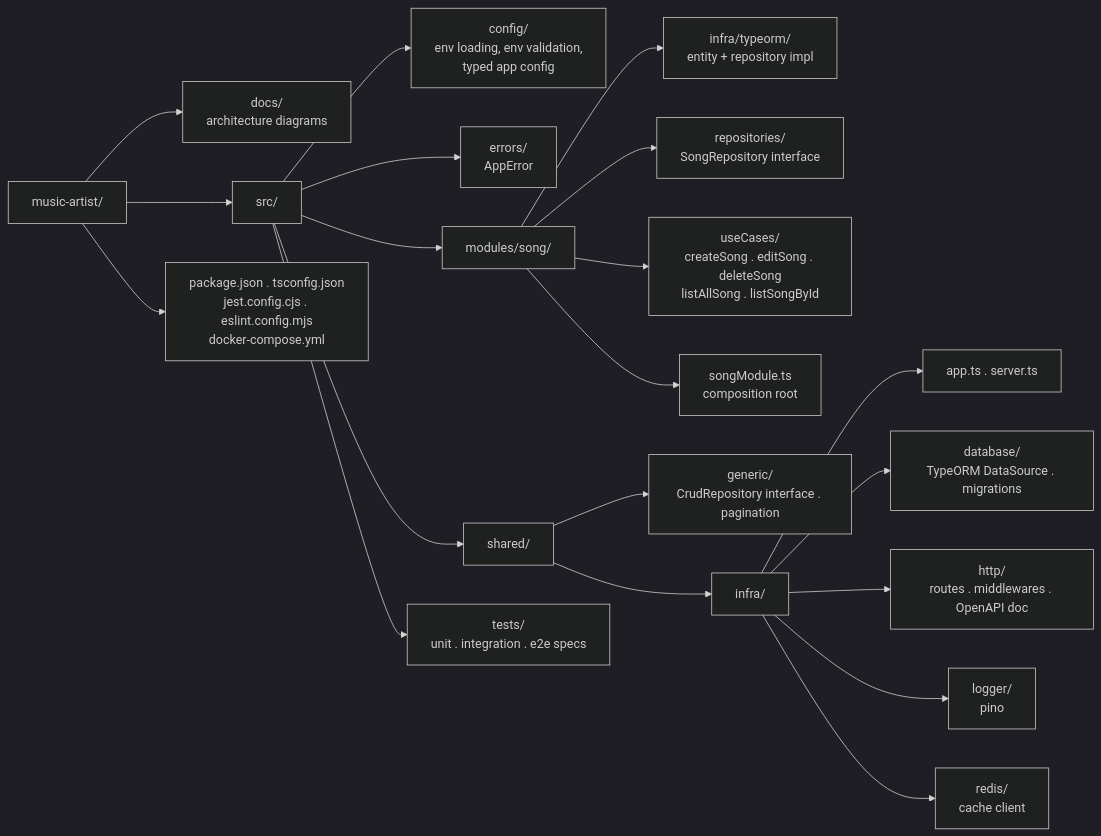
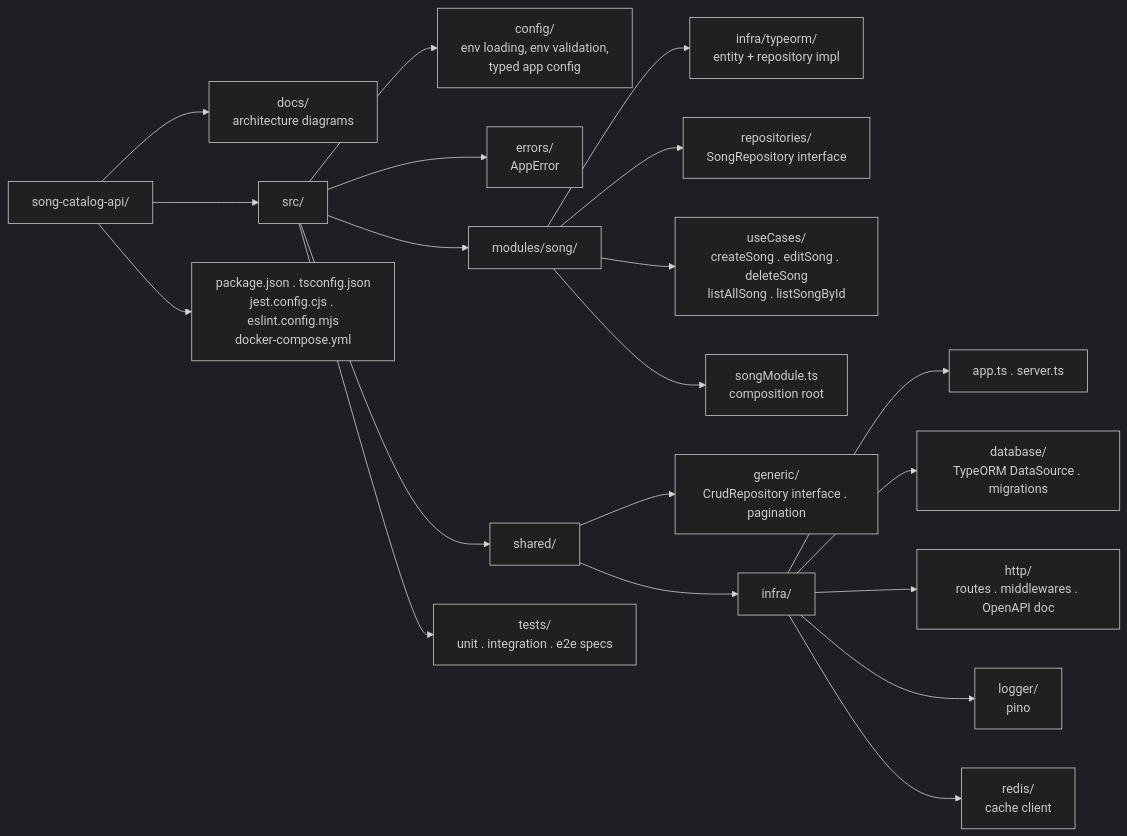
The diagram in docs/diagrams/project-structure.mmd (luizcurti/song-catalog-api), drawn with Mermaid (dark theme) before and after one commit. The commit also changed 4 other files, not shown here.

```diff
--- a/docs/diagrams/project-structure.mmd
+++ b/docs/diagrams/project-structure.mmd
@@ -1,26 +1,26 @@
 graph LR
-    Root["music-artist/"]
+    Root["song-catalog-api/"]
 
     Root --> Docs["docs/<br/>architecture diagrams"]
     Root --> Src["src/"]
     Root --> Config1["package.json . tsconfig.json<br/>jest.config.cjs . eslint.config.mjs<br/>docker-compose.yml"]
 
     Src --> ConfigDir["config/<br/>env loading, env validation,<br/>typed app config"]
     Src --> Errors["errors/<br/>AppError"]
     Src --> Modules["modules/song/"]
     Src --> Shared["shared/"]
     Src --> Tests["tests/<br/>unit . integration . e2e specs"]
 
     Modules --> ModInfra["infra/typeorm/<br/>entity + repository impl"]
     Modules --> ModRepo["repositories/<br/>SongRepository interface"]
     Modules --> ModUseCases["useCases/<br/>createSong . editSong . deleteSong<br/>listAllSong . listSongById"]
     Modules --> ModComposition["songModule.ts<br/>composition root"]
 
     Shared --> SharedGeneric["generic/<br/>CrudRepository interface . pagination"]
     Shared --> SharedInfra["infra/"]
 
     SharedInfra --> App["app.ts . server.ts"]
     SharedInfra --> Database["database/<br/>TypeORM DataSource . migrations"]
     SharedInfra --> Http["http/<br/>routes . middlewares . OpenAPI doc"]
     SharedInfra --> Logger["logger/<br/>pino"]
     SharedInfra --> Redis["redis/<br/>cache client"]
```
